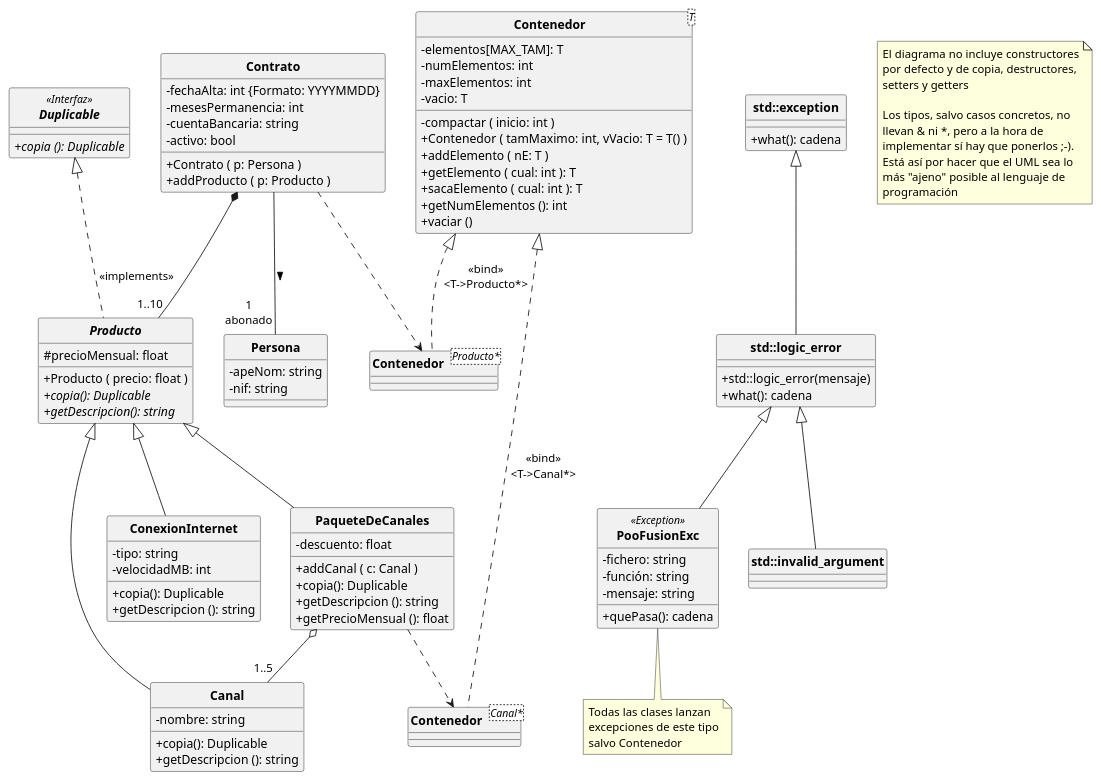
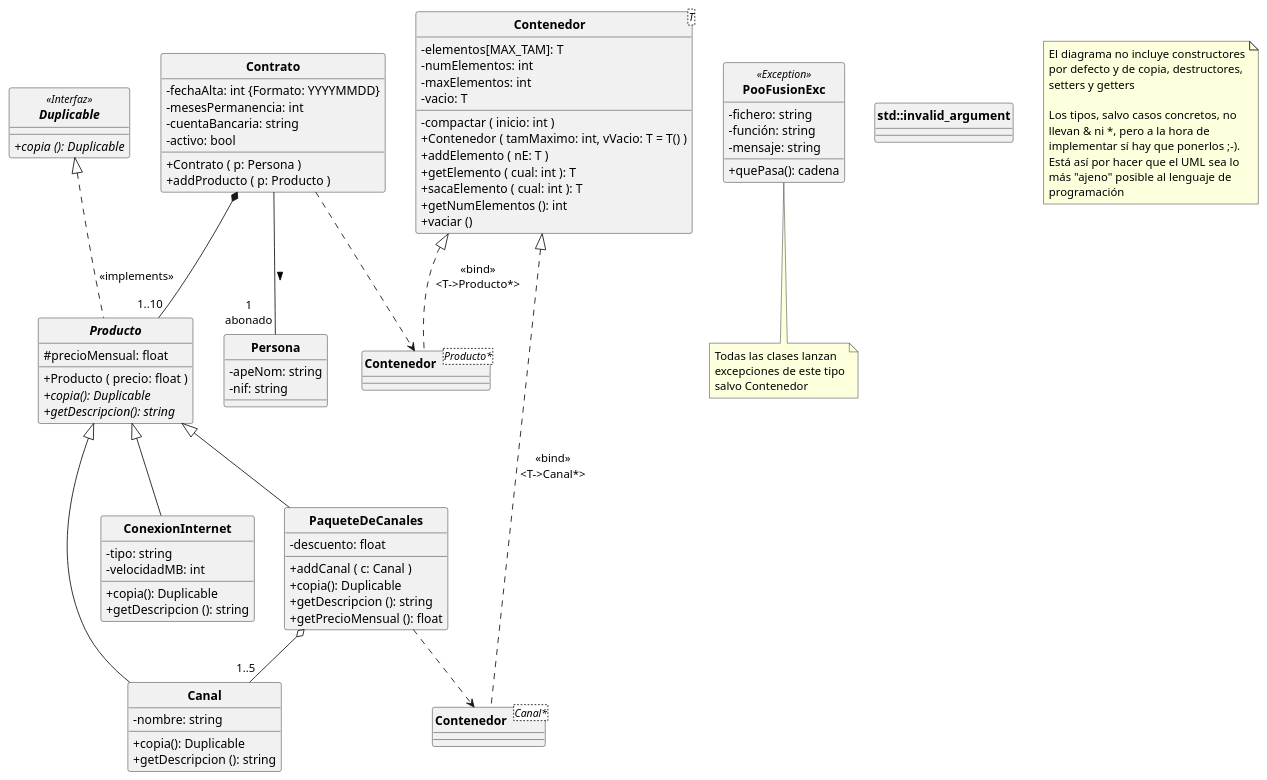
Before and after one commit to POOUJA/PooFusion: the diagram in PooFusion.puml, drawn with PlantUML. The commit also changed 10 other files, not shown here.

```diff
--- a/PooFusion.puml
+++ b/PooFusion.puml
@@ -1,122 +1,114 @@
 @startuml
 
 hide circle
 skinparam classattributeiconsize 0
 skinparam classFontStyle bold
 
 interface Duplicable<<Interfaz>> {
    + {abstract} copia (): Duplicable
 }
 
 class Persona {
    - apeNom: string
    - nif: string
 }
 
 class Contrato {
    - fechaAlta: int {Formato: YYYYMMDD}
    - mesesPermanencia: int
    - cuentaBancaria: string
    - activo: bool
    + Contrato ( p: Persona )
    + addProducto ( p: Producto )
 }
 
 abstract class Producto {
    # precioMensual: float
    + Producto ( precio: float )
    + {abstract} copia(): Duplicable
    + {abstract} getDescripcion(): string
 }
 
 class ConexionInternet {
    - tipo: string
    - velocidadMB: int
    + copia(): Duplicable
    + getDescripcion (): string
 }
 
 class Canal {
    - nombre: string
    + copia(): Duplicable
    + getDescripcion (): string
 }
 
 class PaqueteDeCanales {
    - descuento: float
    + addCanal ( c: Canal )
    + copia(): Duplicable
    + getDescripcion (): string
    + getPrecioMensual (): float
 }
 
 class Contenedor<T> {
    - elementos[MAX_TAM]: T
    - numElementos: int
    - maxElementos: int
    - vacio: T
 
    - compactar ( inicio: int )
    + Contenedor ( tamMaximo: int, vVacio: T = T() )
    + addElemento ( nE: T )
    + getElemento ( cual: int ): T
    + sacaElemento ( cual: int ): T
    + getNumElementos (): int
    + vaciar ()
 }
 
-class PooFusionExc<<Exception>> extends std::logic_error{
+class PooFusionExc<<Exception>> {
    - fichero: string
    - función: string
    - mensaje: string
    + quePasa(): cadena
 }
 note bottom of PooFusionExc
    Todas las clases lanzan
    excepciones de este tipo
    salvo Contenedor
 end note
 
-class std::exception {
-  + what(): cadena
-}
-
-class std::logic_error extends std::exception {
-  +std::logic_error(mensaje)
-  + what(): cadena
-}
-class std::invalid_argument extends std::logic_error
+class std::invalid_argument
 
 class "Contenedor<Canal*>" as CC {
 }
 
 class "Contenedor<Producto*>" as CP{
 }
 
 
 Contrato -- "1\nabonado" Persona: >
 Producto <|-- ConexionInternet 
 Producto <|-- Canal
 Producto <|-- PaqueteDeCanales
 Contenedor <|.. CP: <<bind>>\n<T->Producto*>
 Contrato ..> CP
 Contrato *-- "1..10" Producto
 Duplicable <|.. Producto: <<implements>>
 Contenedor <|.. CC: <<bind>>\n<T->Canal*>
 PaqueteDeCanales o-- "1..5"Canal
 PaqueteDeCanales ..> CC
 
 note as Nota1
    El diagrama no incluye constructores
    por defecto y de copia, destructores,
    setters y getters
 
    Los tipos, salvo casos concretos, no
    llevan & ni *, pero a la hora de
    implementar sí hay que ponerlos ;-). 
    Está así por hacer que el UML sea lo
    más "ajeno" posible al lenguaje de
    programación
 end note
 
 @enduml
```
